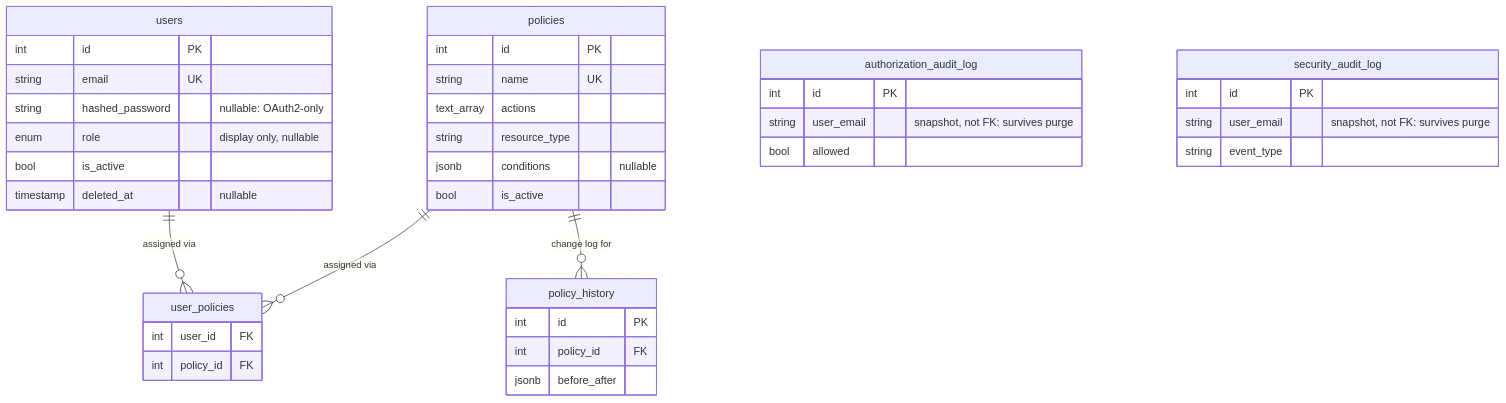
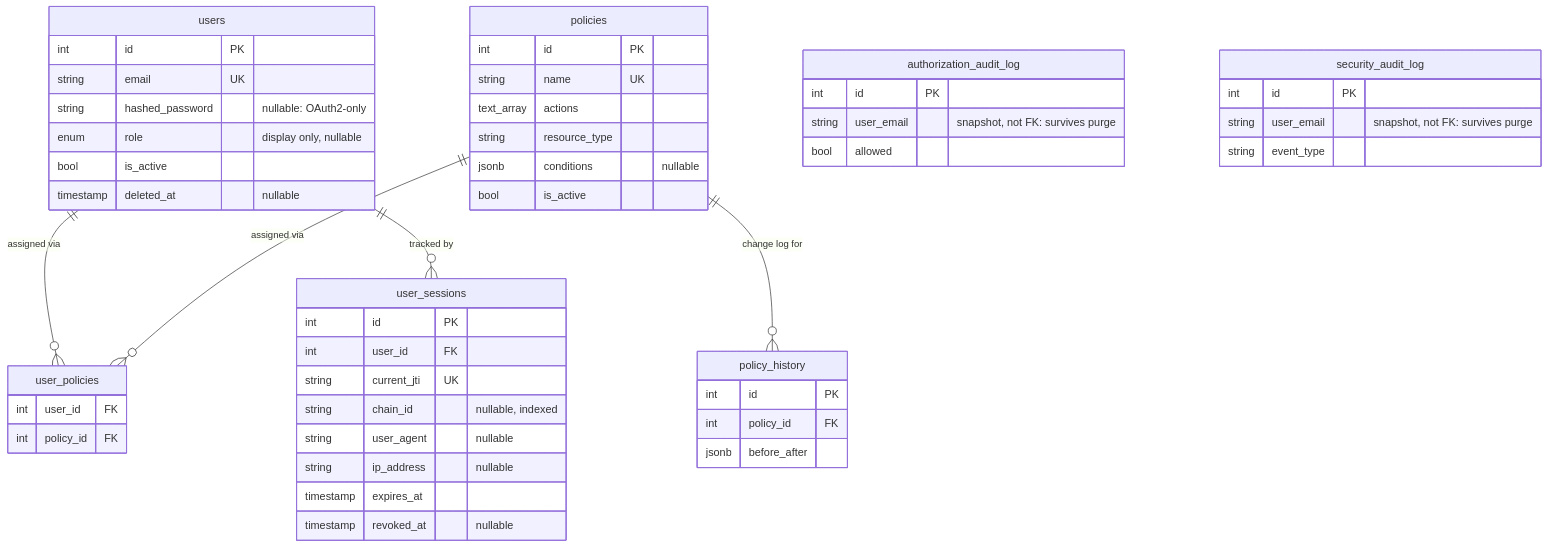
The diagram in docs/mystic_auth/database/design.md (Nachiket-2024/mystic-auth), drawn with Mermaid before and after one commit. The commit also changed other lines of this file and 248 other files, not shown here.

````diff
--- a/docs/mystic_auth/database/design.md
+++ b/docs/mystic_auth/database/design.md
@@ -5,42 +5,53 @@
 ```mermaid
 erDiagram
     users ||--o{ user_policies: "assigned via"
     policies ||--o{ user_policies: "assigned via"
     policies ||--o{ policy_history: "change log for"
+    users ||--o{ user_sessions: "tracked by"
 
     users {
         int id PK
         string email UK
         string hashed_password "nullable: OAuth2-only"
         enum role "display only, nullable"
         bool is_active
         timestamp deleted_at "nullable"
     }
     policies {
         int id PK
         string name UK
         text_array actions
         string resource_type
         jsonb conditions "nullable"
         bool is_active
     }
     user_policies {
         int user_id FK
         int policy_id FK
     }
     policy_history {
         int id PK
         int policy_id FK
         jsonb before_after
     }
     authorization_audit_log {
         int id PK
         string user_email "snapshot, not FK: survives purge"
         bool allowed
     }
     security_audit_log {
         int id PK
         string user_email "snapshot, not FK: survives purge"
         string event_type
     }
+    user_sessions {
+        int id PK
+        int user_id FK
+        string current_jti UK
+        string chain_id "nullable, indexed"
+        string user_agent "nullable"
+        string ip_address "nullable"
+        timestamp expires_at
+        timestamp revoked_at "nullable"
+    }
 ```
````
